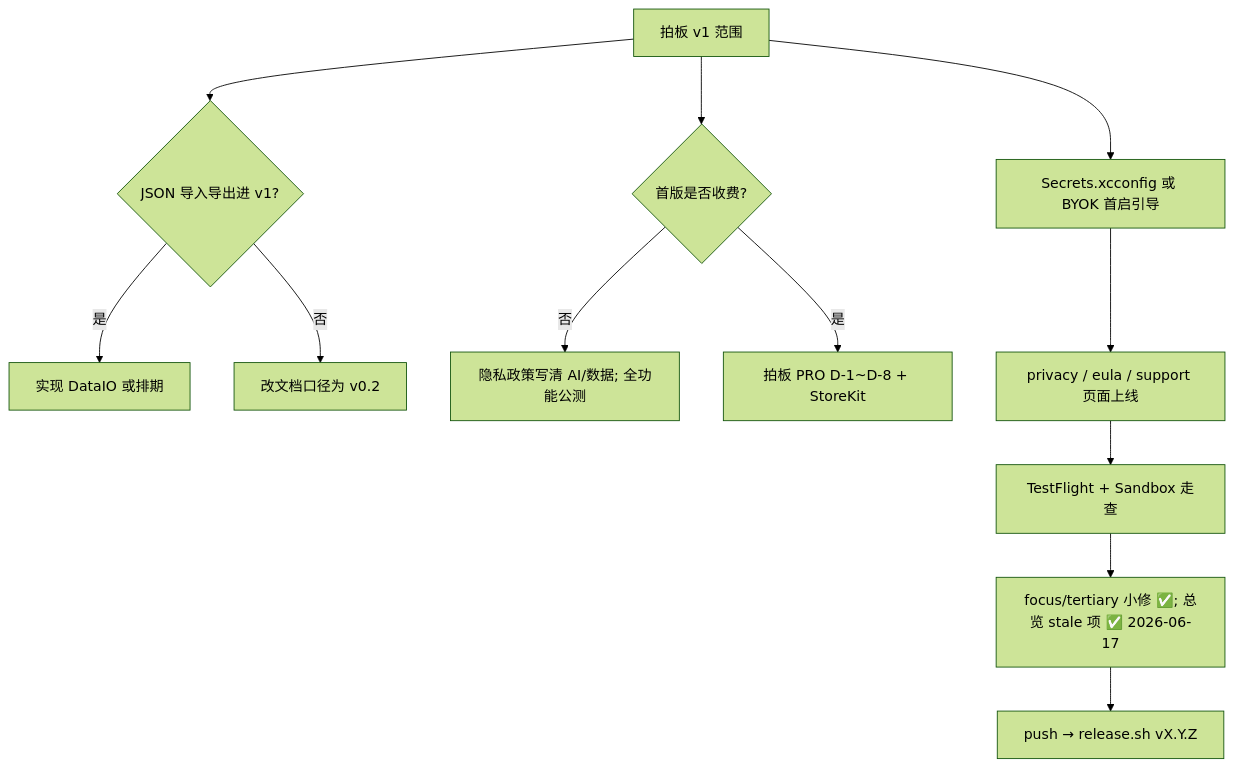
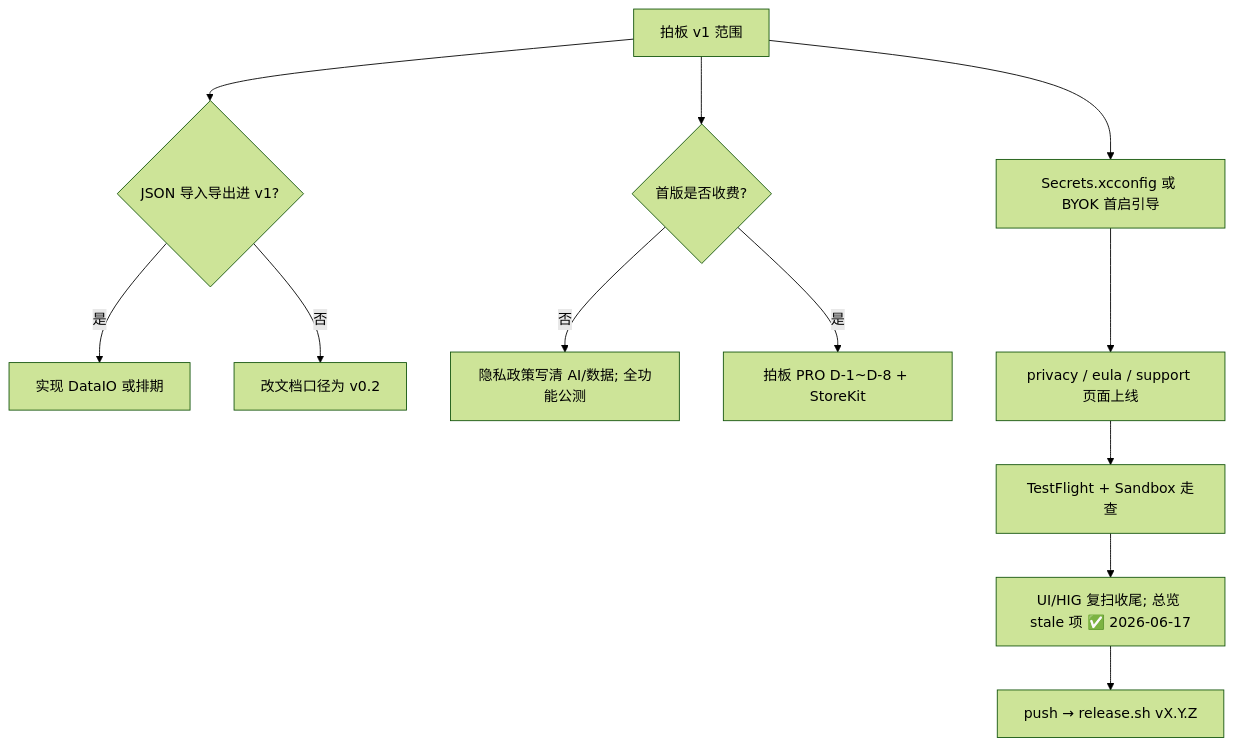
One commit to starcat-app/Starcat changed the diagram in docs/v1-上架检查清单.md. Above: the diagram before and after it, drawn with Mermaid (forest theme). The commit also changed other lines of this file and 4 other files, not shown here.

````diff
--- a/docs/v1-上架检查清单.md
+++ b/docs/v1-上架检查清单.md
@@ -235,14 +285,14 @@
 ```mermaid
 flowchart TD
   A[拍板 v1 范围] --> B{JSON 导入导出进 v1?}
   B -->|是| C[实现 DataIO 或排期]
   B -->|否| D[改文档口径为 v0.2]
   A --> E{首版是否收费?}
   E -->|否| F[隐私政策写清 AI/数据; 全功能公测]
   E -->|是| G[拍板 PRO D-1~D-8 + StoreKit]
   A --> H[Secrets.xcconfig 或 BYOK 首启引导]
   H --> I[privacy / eula / support 页面上线]
   I --> J[TestFlight + Sandbox 走查]
-  J --> K[focus/tertiary 小修 ✅; 总览 stale 项 ✅ 2026-06-17]
+  J --> K[UI/HIG 复扫收尾; 总览 stale 项 ✅ 2026-06-17]
   K --> L[push → release.sh vX.Y.Z]
 ```
````
